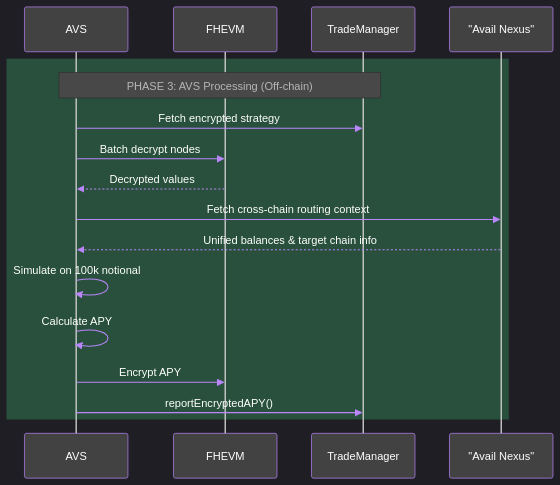
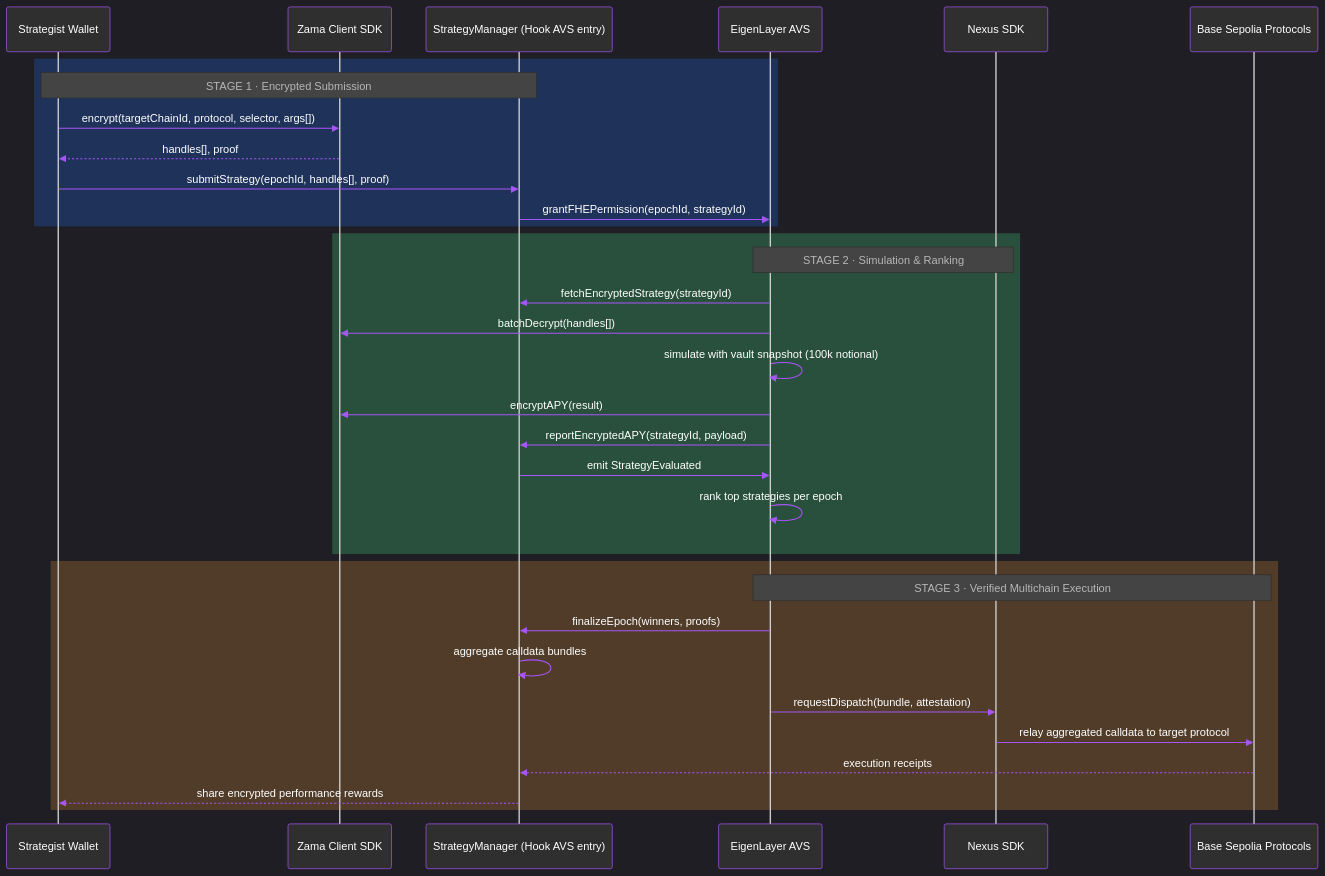
Before and after one commit to Nilay27/UNIVersalPrivacyHook: the second of 2 diagrams in README.md, drawn with Mermaid. The commit also changed other lines of this file, not shown here.

````diff
--- a/README.md
+++ b/README.md
@@ -290,21 +129,39 @@
 ```mermaid
-%%{init: {'theme':'dark', 'themeVariables': { 'primaryColor':'#bb86fc', 'primaryTextColor':'#fff', 'primaryBorderColor':'#9f6bff', 'lineColor':'#bb86fc', 'secondaryColor':'#03dac6', 'tertiaryColor':'#3700b3', 'background':'#121212', 'mainBkg':'#1f1f1f', 'secondBkg':'#2d2d2d', 'labelBackground':'#2d2d2d', 'actorBkg':'#424242', 'actorBorder':'#bb86fc', 'actorTextColor':'#fff', 'signalColor':'#bb86fc', 'signalTextColor':'#fff'}}}%%
+%%{init: {'theme':'dark', 'themeVariables': { 'primaryColor':'#a855f7', 'primaryTextColor':'#fff', 'primaryBorderColor':'#9333ea', 'lineColor':'#a855f7', 'secondaryColor':'#3b82f6', 'tertiaryColor':'#10b981', 'background':'#111', 'mainBkg':'#1b1b1b', 'secondBkg':'#242424', 'labelBackground':'#242424', 'labelTextColor':'#fff', 'actorBkg':'#2f2f2f', 'actorBorder':'#a855f7', 'actorTextColor':'#fff', 'signalColor':'#a855f7', 'signalTextColor':'#fff'}}}%%
 sequenceDiagram
-    participant AVS
-    participant FHEVM
-    participant TradeManager
-    participant "Avail Nexus"
+    participant Strategist as Strategist Wallet
+    participant SDK as Zama Client SDK
+    participant Manager as StrategyManager (Hook AVS entry)
+    participant AVS as EigenLayer AVS
+    participant Nexus as Nexus SDK
+    participant Base as Base Sepolia Protocols
 
-    rect rgb(40, 80, 60)
-        Note over AVS,TradeManager: PHASE 3: AVS Processing (Off-chain)
-        AVS->>TradeManager: Fetch encrypted strategy
-        AVS->>FHEVM: Batch decrypt nodes
-        FHEVM-->>AVS: Decrypted values
-        AVS->>"Avail Nexus": Fetch cross-chain routing context
-        "Avail Nexus"-->>AVS: Unified balances & target chain info
-        AVS->>AVS: Simulate on 100k notional
-        AVS->>AVS: Calculate APY
-        AVS->>FHEVM: Encrypt APY
-        AVS->>TradeManager: reportEncryptedAPY()
+    rect rgb(30,50,90)
+        Note over Strategist,Manager: STAGE 1 · Encrypted Submission
+        Strategist->>SDK: encrypt(targetChainId, protocol, selector, args[])
+        SDK-->>Strategist: handles[], proof
+        Strategist->>Manager: submitStrategy(epochId, handles[], proof)
+        Manager->>AVS: grantFHEPermission(epochId, strategyId)
+    end
+
+    rect rgb(40,80,60)
+        Note over AVS,Nexus: STAGE 2 · Simulation & Ranking
+        AVS->>Manager: fetchEncryptedStrategy(strategyId)
+        AVS->>SDK: batchDecrypt(handles[])
+        AVS->>AVS: simulate with vault snapshot (100k notional)
+        AVS->>SDK: encryptAPY(result)
+        AVS->>Manager: reportEncryptedAPY(strategyId, payload)
+        Manager->>AVS: emit StrategyEvaluated
+        AVS->>AVS: rank top strategies per epoch
+    end
+
+    rect rgb(80,60,40)
+        Note over AVS,Base: STAGE 3 · Verified Multichain Execution
+        AVS->>Manager: finalizeEpoch(winners, proofs)
+        Manager->>Manager: aggregate calldata bundles
+        AVS->>Nexus: requestDispatch(bundle, attestation)
+        Nexus->>Base: relay aggregated calldata to target protocol
+        Base-->>Manager: execution receipts
+        Manager-->>Strategist: share encrypted performance rewards
     end
 ```
````
